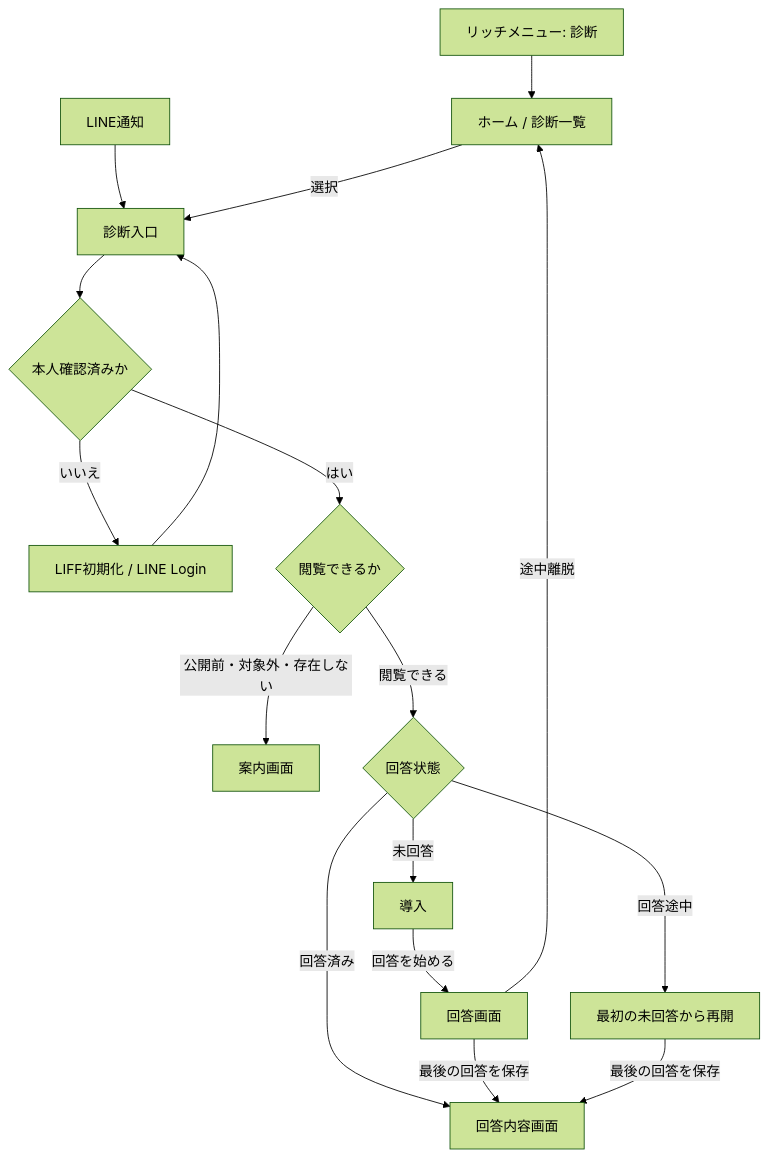
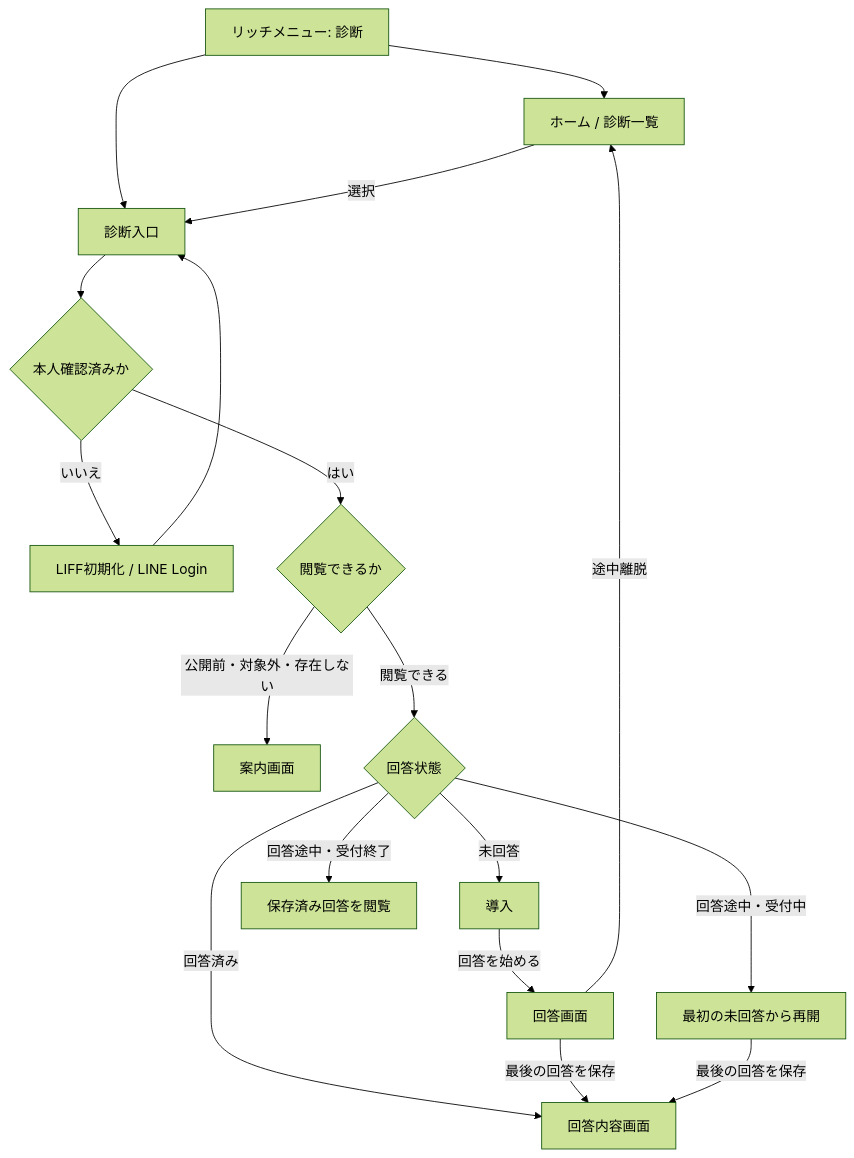
One commit to kkyosuke/me-builder changed the diagram in docs/diagnosis/diagnosis-experience.md. Above: the diagram before and after it, drawn with Mermaid (forest theme). The commit also changed other lines of this file and 13 other files, not shown here.

````diff
--- a/docs/diagnosis/diagnosis-experience.md
+++ b/docs/diagnosis/diagnosis-experience.md
@@ -76,19 +76,20 @@
 ```mermaid
 flowchart TD
     R[リッチメニュー: 診断] --> H[ホーム / 診断一覧]
-    N[LINE通知] --> G[診断入口]
+    R --> G[診断入口]
     H -->|選択| G
     G --> A{本人確認済みか}
     A -->|いいえ| L[LIFF初期化 / LINE Login]
     L --> G
     A -->|はい| V{閲覧できるか}
     V -->|公開前・対象外・存在しない| U[案内画面]
     V -->|閲覧できる| S{回答状態}
     S -->|未回答| I[導入]
     I -->|回答を始める| Q[回答画面]
-    S -->|回答途中| Q2[最初の未回答から再開]
+    S -->|回答途中・受付中| Q2[最初の未回答から再開]
+    S -->|回答途中・受付終了| RO[保存済み回答を閲覧]
     S -->|回答済み| D[回答内容画面]
     Q -->|途中離脱| H
     Q -->|最後の回答を保存| D
     Q2 -->|最後の回答を保存| D
 ```
````
